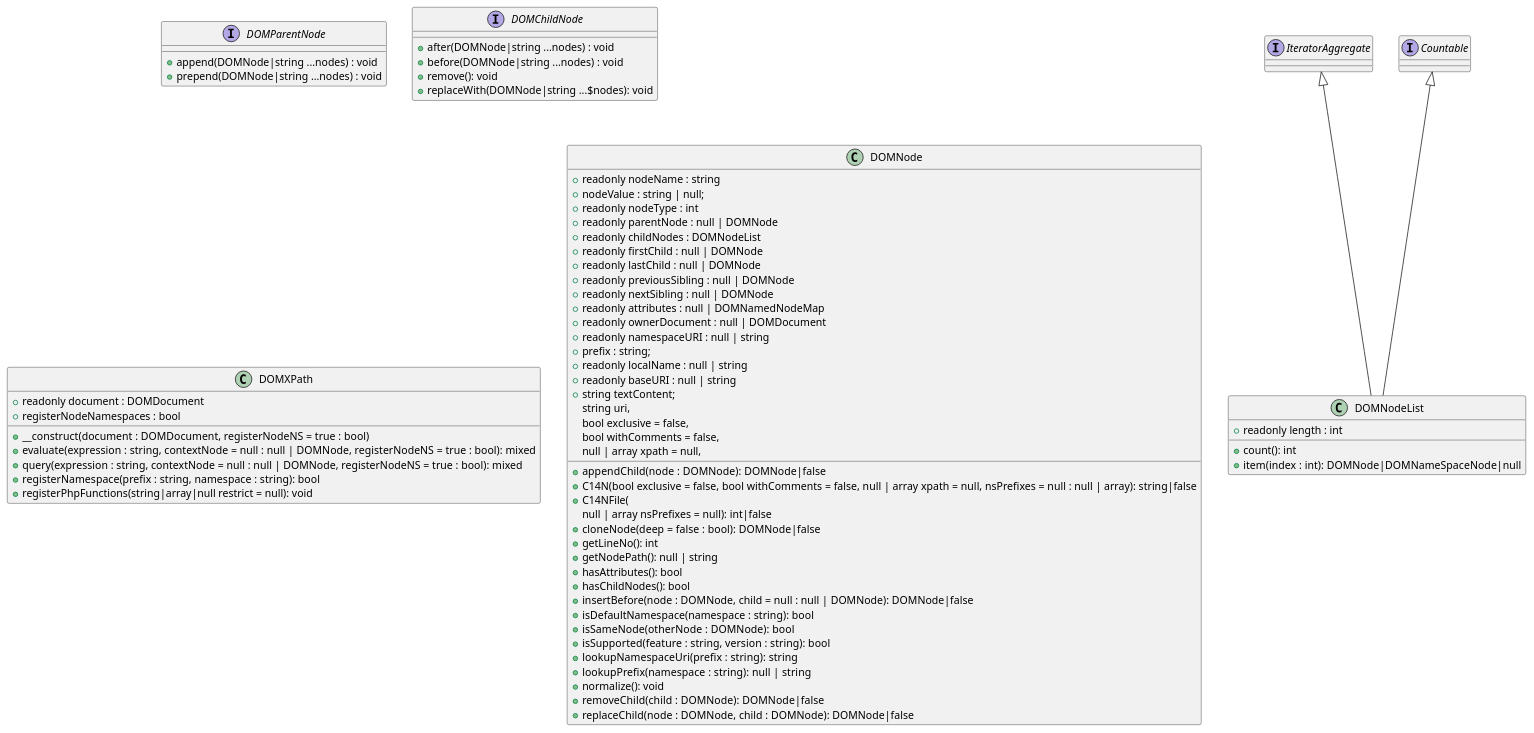
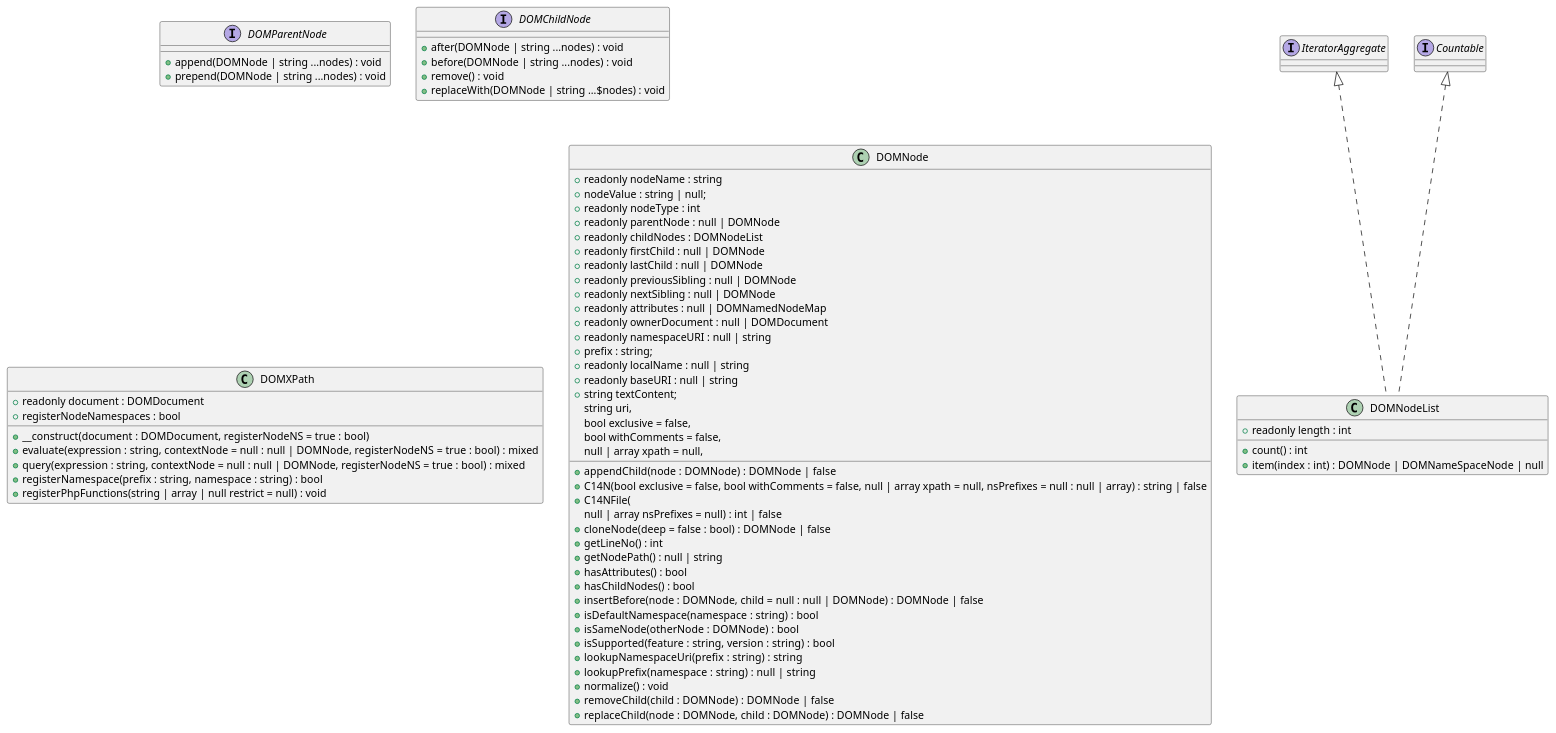
Before and after one commit to kurt-krueckeberg/understanding-dom: the diagram in dom/base.puml, drawn with PlantUML. The commit also changed 5 other files, not shown here.

```diff
--- a/dom/base.puml
+++ b/dom/base.puml
@@ -1,78 +1,78 @@
 @startuml
 interface IteratorAggregate
 interface Countable
-IteratorAggregate <|-- DOMNodeList 
-Countable <|-- DOMNodeList 
+IteratorAggregate <|.. DOMNodeList 
+Countable <|.. DOMNodeList 
 
 class DOMNodeList {  
   +readonly length : int 
-  +count(): int
-  +item(index :  int): DOMNode|DOMNameSpaceNode|null
+  +count() : int
+  +item(index :  int) : DOMNode | DOMNameSpaceNode | null
 }
 
 interface DOMParentNode {
-  +append(DOMNode|string ...nodes) : void
-  +prepend(DOMNode|string ...nodes) : void
+  +append(DOMNode | string ...nodes) : void
+  +prepend(DOMNode | string ...nodes) : void
 }
 
 interface DOMChildNode {
 
-  +after(DOMNode|string ...nodes) : void
-  +before(DOMNode|string ...nodes) : void
-  +remove(): void
-  +replaceWith(DOMNode|string ...$nodes): void
+  +after(DOMNode | string ...nodes) : void
+  +before(DOMNode | string ...nodes) : void
+  +remove() : void
+  +replaceWith(DOMNode | string ...$nodes) : void
 }
 
 class DOMXPath {
 
   +readonly document : DOMDocument 
   +registerNodeNamespaces : bool
 
   +__construct(document :  DOMDocument, registerNodeNS = true : bool)
-  +evaluate(expression :  string, contextNode = null : null | DOMNode, registerNodeNS = true : bool): mixed
-  +query(expression :  string, contextNode = null : null | DOMNode, registerNodeNS = true : bool): mixed
-  +registerNamespace(prefix :  string, namespace : string): bool
-  +registerPhpFunctions(string|array|null restrict = null): void
+  +evaluate(expression :  string, contextNode = null : null | DOMNode, registerNodeNS = true : bool) : mixed
+  +query(expression :  string, contextNode = null : null | DOMNode, registerNodeNS = true : bool) : mixed
+  +registerNamespace(prefix :  string, namespace : string) : bool
+  +registerPhpFunctions(string | array | null restrict = null) : void
 }
 
 class DOMNode {
   +readonly nodeName : string
   +nodeValue : string | null;
   +readonly nodeType : int 
   +readonly parentNode : null | DOMNode
   +readonly childNodes : DOMNodeList
   +readonly firstChild : null | DOMNode
   +readonly lastChild : null | DOMNode
   +readonly previousSibling : null | DOMNode
   +readonly nextSibling : null | DOMNode
   +readonly attributes : null | DOMNamedNodeMap
   +readonly ownerDocument : null | DOMDocument
   +readonly namespaceURI : null | string
   +prefix : string;
   +readonly localName : null | string
   +readonly baseURI : null | string
   +string textContent;
-  +appendChild(node :  DOMNode): DOMNode|false
-  +C14N(bool exclusive = false, bool withComments = false,  null | array xpath = null, nsPrefixes = null : null | array): string|false
+  +appendChild(node :  DOMNode) : DOMNode | false
+  +C14N(bool exclusive = false, bool withComments = false,  null | array xpath = null, nsPrefixes = null : null | array) : string | false
   +C14NFile(
     string uri,
     bool exclusive = false,
     bool withComments = false,
     null | array xpath = null,
-    null | array nsPrefixes = null): int|false
-  +cloneNode(deep = false :  bool): DOMNode|false
-  +getLineNo(): int
-  +getNodePath(): null | string
-  +hasAttributes(): bool
-  +hasChildNodes(): bool
-  +insertBefore(node :  DOMNode, child = null : null | DOMNode): DOMNode|false
-  +isDefaultNamespace(namespace :  string): bool
-  +isSameNode(otherNode :  DOMNode): bool
-  +isSupported(feature :  string, version : string): bool
-  +lookupNamespaceUri(prefix :  string): string
-  +lookupPrefix(namespace :  string): null | string
-  +normalize(): void
-  +removeChild(child :  DOMNode): DOMNode|false
-  +replaceChild(node :  DOMNode, child : DOMNode): DOMNode|false
+    null | array nsPrefixes = null) : int | false
+  +cloneNode(deep = false :  bool) : DOMNode | false
+  +getLineNo() : int
+  +getNodePath() : null | string
+  +hasAttributes() : bool
+  +hasChildNodes() : bool
+  +insertBefore(node :  DOMNode, child = null : null | DOMNode) : DOMNode | false
+  +isDefaultNamespace(namespace :  string) : bool
+  +isSameNode(otherNode :  DOMNode) : bool
+  +isSupported(feature :  string, version : string) : bool
+  +lookupNamespaceUri(prefix :  string) : string
+  +lookupPrefix(namespace :  string) : null | string
+  +normalize() : void
+  +removeChild(child :  DOMNode) : DOMNode | false
+  +replaceChild(node :  DOMNode, child : DOMNode) : DOMNode | false
 }
 @enduml
```
